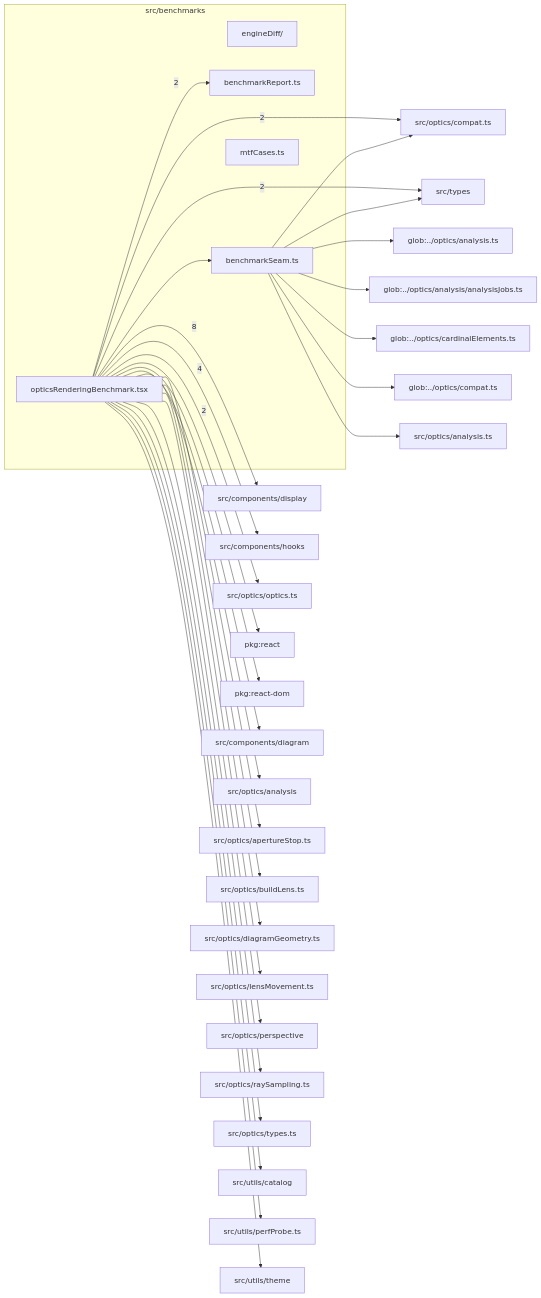
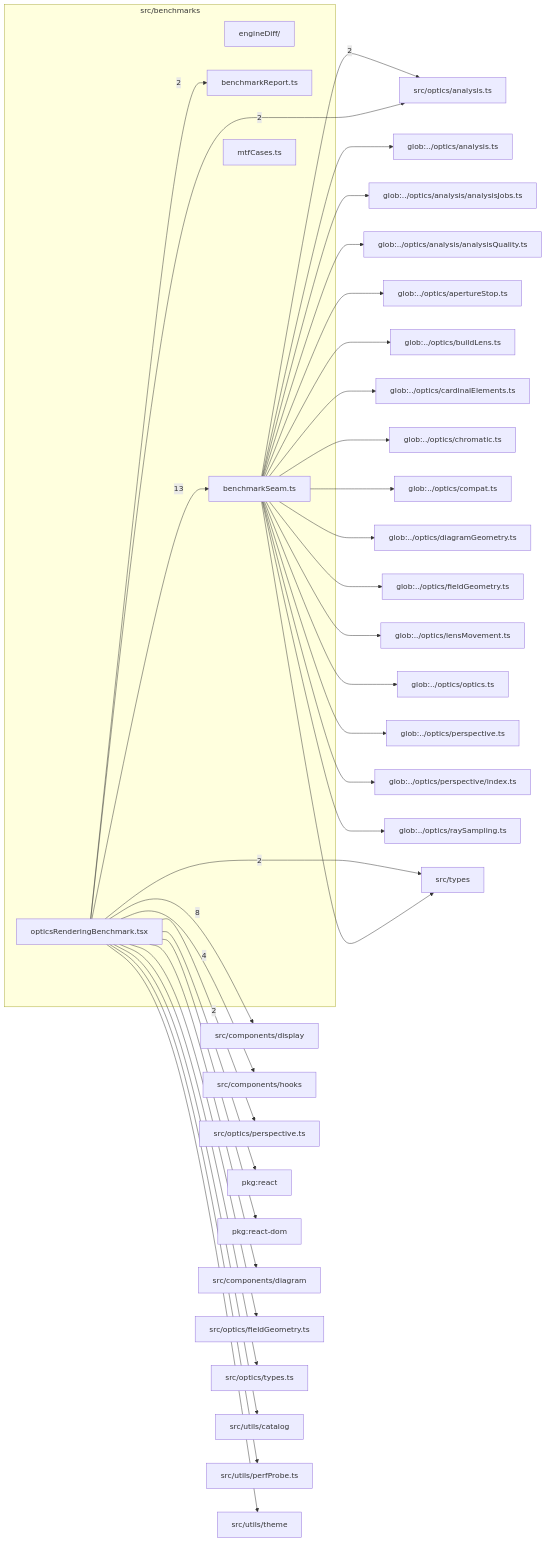
One commit to ronbuening/LensVisualizer changed the diagram in src/benchmarks/readme.md. Above: the diagram before and after it, drawn with Mermaid. The commit also changed other lines of this file and 439 other files, not shown here.

````diff
--- a/src/benchmarks/readme.md
+++ b/src/benchmarks/readme.md
@@ -9,62 +9,70 @@
 ```mermaid
 flowchart LR
   subgraph n_src_benchmarks["src/benchmarks"]
     n_src_benchmarks_src_benchmarks_engineDiff["engineDiff/"]
     n_src_benchmarks_src_benchmarks_benchmarkReport_ts["benchmarkReport.ts"]
     n_src_benchmarks_src_benchmarks_benchmarkSeam_ts["benchmarkSeam.ts"]
     n_src_benchmarks_src_benchmarks_mtfCases_ts["mtfCases.ts"]
     n_src_benchmarks_src_benchmarks_opticsRenderingBenchmark_tsx["opticsRenderingBenchmark.tsx"]
   end
   n_external_src_components_display["src/components/display"]
   n_external_src_components_hooks["src/components/hooks"]
-  n_external_src_optics_compat_ts["src/optics/compat.ts"]
-  n_external_src_optics_optics_ts["src/optics/optics.ts"]
+  n_external_src_optics_analysis_ts["src/optics/analysis.ts"]
+  n_external_src_optics_perspective_ts["src/optics/perspective.ts"]
   n_external_src_types["src/types"]
   n_external_glob____optics_analysis_ts["glob:../optics/analysis.ts"]
   n_external_glob____optics_analysis_analysisJobs_ts["glob:../optics/analysis/analysisJobs.ts"]
+  n_external_glob____optics_analysis_analysisQuality_ts["glob:../optics/analysis/analysisQuality.ts"]
+  n_external_glob____optics_apertureStop_ts["glob:../optics/apertureStop.ts"]
+  n_external_glob____optics_buildLens_ts["glob:../optics/buildLens.ts"]
   n_external_glob____optics_cardinalElements_ts["glob:../optics/cardinalElements.ts"]
+  n_external_glob____optics_chromatic_ts["glob:../optics/chromatic.ts"]
   n_external_glob____optics_compat_ts["glob:../optics/compat.ts"]
+  n_external_glob____optics_diagramGeometry_ts["glob:../optics/diagramGeometry.ts"]
+  n_external_glob____optics_fieldGeometry_ts["glob:../optics/fieldGeometry.ts"]
+  n_external_glob____optics_lensMovement_ts["glob:../optics/lensMovement.ts"]
+  n_external_glob____optics_optics_ts["glob:../optics/optics.ts"]
+  n_external_glob____optics_perspective_ts["glob:../optics/perspective.ts"]
+  n_external_glob____optics_perspective_index_ts["glob:../optics/perspective/index.ts"]
+  n_external_glob____optics_raySampling_ts["glob:../optics/raySampling.ts"]
   n_external_pkg_react["pkg:react"]
   n_external_pkg_react_dom["pkg:react-dom"]
   n_external_src_components_diagram["src/components/diagram"]
-  n_external_src_optics_analysis["src/optics/analysis"]
-  n_external_src_optics_analysis_ts["src/optics/analysis.ts"]
-  n_external_src_optics_apertureStop_ts["src/optics/apertureStop.ts"]
-  n_external_src_optics_buildLens_ts["src/optics/buildLens.ts"]
-  n_external_src_optics_diagramGeometry_ts["src/optics/diagramGeometry.ts"]
-  n_external_src_optics_lensMovement_ts["src/optics/lensMovement.ts"]
-  n_external_src_optics_perspective["src/optics/perspective"]
-  n_external_src_optics_raySampling_ts["src/optics/raySampling.ts"]
+  n_external_src_optics_fieldGeometry_ts["src/optics/fieldGeometry.ts"]
   n_external_src_optics_types_ts["src/optics/types.ts"]
   n_external_src_utils_catalog["src/utils/catalog"]
   n_external_src_utils_perfProbe_ts["src/utils/perfProbe.ts"]
   n_external_src_utils_theme["src/utils/theme"]
+  n_src_benchmarks_src_benchmarks_opticsRenderingBenchmark_tsx --> |13| n_src_benchmarks_src_benchmarks_benchmarkSeam_ts
   n_src_benchmarks_src_benchmarks_opticsRenderingBenchmark_tsx --> |8| n_external_src_components_display
   n_src_benchmarks_src_benchmarks_opticsRenderingBenchmark_tsx --> |4| n_external_src_components_hooks
-  n_src_benchmarks_src_benchmarks_opticsRenderingBenchmark_tsx --> |2| n_external_src_optics_compat_ts
-  n_src_benchmarks_src_benchmarks_opticsRenderingBenchmark_tsx --> |2| n_external_src_optics_optics_ts
+  n_src_benchmarks_src_benchmarks_benchmarkSeam_ts --> |2| n_external_src_optics_analysis_ts
+  n_src_benchmarks_src_benchmarks_opticsRenderingBenchmark_tsx --> |2| n_external_src_optics_analysis_ts
+  n_src_benchmarks_src_benchmarks_opticsRenderingBenchmark_tsx --> |2| n_external_src_optics_perspective_ts
   n_src_benchmarks_src_benchmarks_opticsRenderingBenchmark_tsx --> |2| n_external_src_types
   n_src_benchmarks_src_benchmarks_opticsRenderingBenchmark_tsx --> |2| n_src_benchmarks_src_benchmarks_benchmarkReport_ts
   n_src_benchmarks_src_benchmarks_benchmarkSeam_ts --> n_external_glob____optics_analysis_ts
   n_src_benchmarks_src_benchmarks_benchmarkSeam_ts --> n_external_glob____optics_analysis_analysisJobs_ts
+  n_src_benchmarks_src_benchmarks_benchmarkSeam_ts --> n_external_glob____optics_analysis_analysisQuality_ts
+  n_src_benchmarks_src_benchmarks_benchmarkSeam_ts --> n_external_glob____optics_apertureStop_ts
+  n_src_benchmarks_src_benchmarks_benchmarkSeam_ts --> n_external_glob____optics_buildLens_ts
   n_src_benchmarks_src_benchmarks_benchmarkSeam_ts --> n_external_glob____optics_cardinalElements_ts
+  n_src_benchmarks_src_benchmarks_benchmarkSeam_ts --> n_external_glob____optics_chromatic_ts
   n_src_benchmarks_src_benchmarks_benchmarkSeam_ts --> n_external_glob____optics_compat_ts
+  n_src_benchmarks_src_benchmarks_benchmarkSeam_ts --> n_external_glob____optics_diagramGeometry_ts
+  n_src_benchmarks_src_benchmarks_benchmarkSeam_ts --> n_external_glob____optics_fieldGeometry_ts
+  n_src_benchmarks_src_benchmarks_benchmarkSeam_ts --> n_external_glob____optics_lensMovement_ts
+  n_src_benchmarks_src_benchmarks_benchmarkSeam_ts --> n_external_glob____optics_optics_ts
+  n_src_benchmarks_src_benchmarks_benchmarkSeam_ts --> n_external_glob____optics_perspective_ts
+  n_src_benchmarks_src_benchmarks_benchmarkSeam_ts --> n_external_glob____optics_perspective_index_ts
+  n_src_benchmarks_src_benchmarks_benchmarkSeam_ts --> n_external_glob____optics_raySampling_ts
   n_src_benchmarks_src_benchmarks_opticsRenderingBenchmark_tsx --> n_external_pkg_react
   n_src_benchmarks_src_benchmarks_opticsRenderingBenchmark_tsx --> n_external_pkg_react_dom
   n_src_benchmarks_src_benchmarks_opticsRenderingBenchmark_tsx --> n_external_src_components_diagram
-  n_src_benchmarks_src_benchmarks_opticsRenderingBenchmark_tsx --> n_external_src_optics_analysis
-  n_src_benchmarks_src_benchmarks_benchmarkSeam_ts --> n_external_src_optics_analysis_ts
-  n_src_benchmarks_src_benchmarks_opticsRenderingBenchmark_tsx --> n_external_src_optics_apertureStop_ts
-  n_src_benchmarks_src_benchmarks_opticsRenderingBenchmark_tsx --> n_external_src_optics_buildLens_ts
-  n_src_benchmarks_src_benchmarks_benchmarkSeam_ts --> n_external_src_optics_compat_ts
-  n_src_benchmarks_src_benchmarks_opticsRenderingBenchmark_tsx --> n_external_src_optics_diagramGeometry_ts
-  n_src_benchmarks_src_benchmarks_opticsRenderingBenchmark_tsx --> n_external_src_optics_lensMovement_ts
-  n_src_benchmarks_src_benchmarks_opticsRenderingBenchmark_tsx --> n_external_src_optics_perspective
-  n_src_benchmarks_src_benchmarks_opticsRenderingBenchmark_tsx --> n_external_src_optics_raySampling_ts
+  n_src_benchmarks_src_benchmarks_opticsRenderingBenchmark_tsx --> n_external_src_optics_fieldGeometry_ts
   n_src_benchmarks_src_benchmarks_opticsRenderingBenchmark_tsx --> n_external_src_optics_types_ts
   n_src_benchmarks_src_benchmarks_benchmarkSeam_ts --> n_external_src_types
   n_src_benchmarks_src_benchmarks_opticsRenderingBenchmark_tsx --> n_external_src_utils_catalog
   n_src_benchmarks_src_benchmarks_opticsRenderingBenchmark_tsx --> n_external_src_utils_perfProbe_ts
   n_src_benchmarks_src_benchmarks_opticsRenderingBenchmark_tsx --> n_external_src_utils_theme
-  n_src_benchmarks_src_benchmarks_opticsRenderingBenchmark_tsx --> n_src_benchmarks_src_benchmarks_benchmarkSeam_ts
 ```
````
